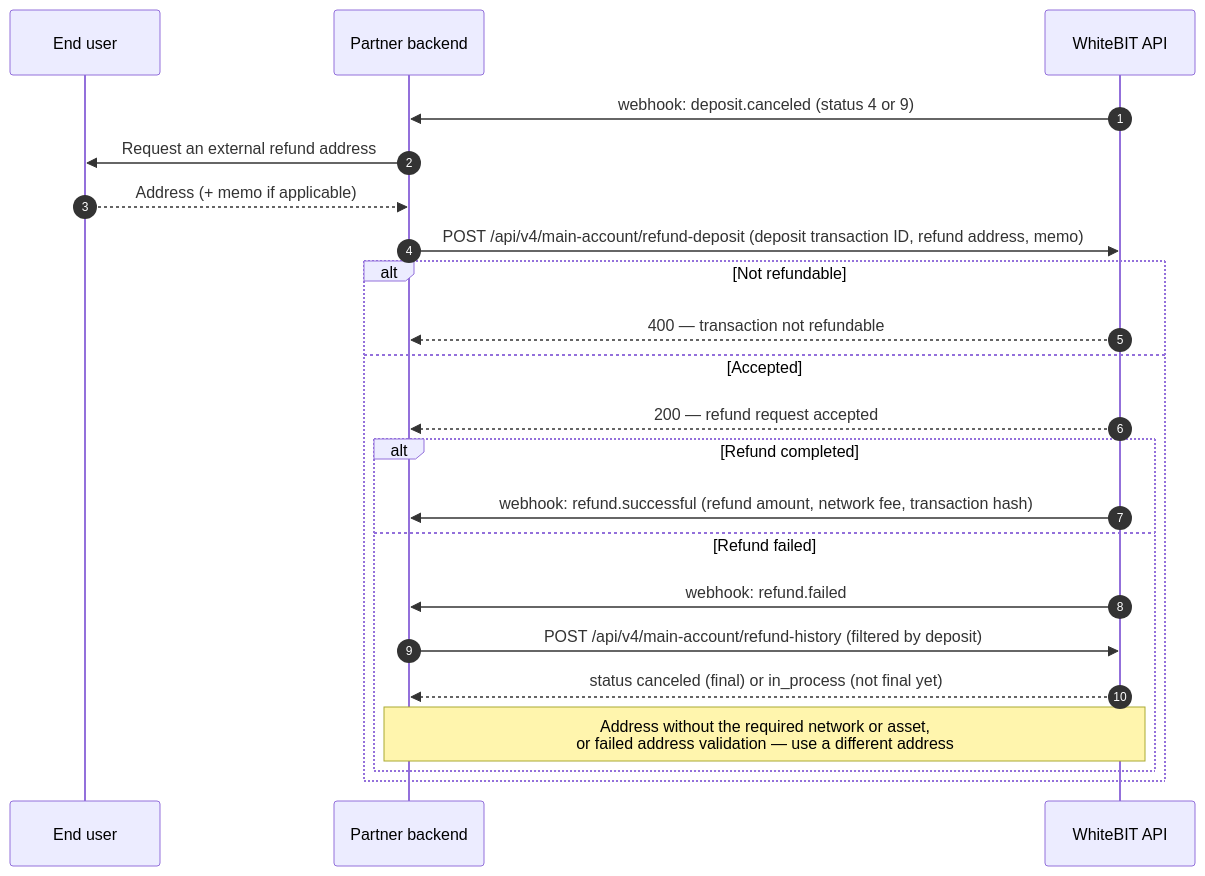
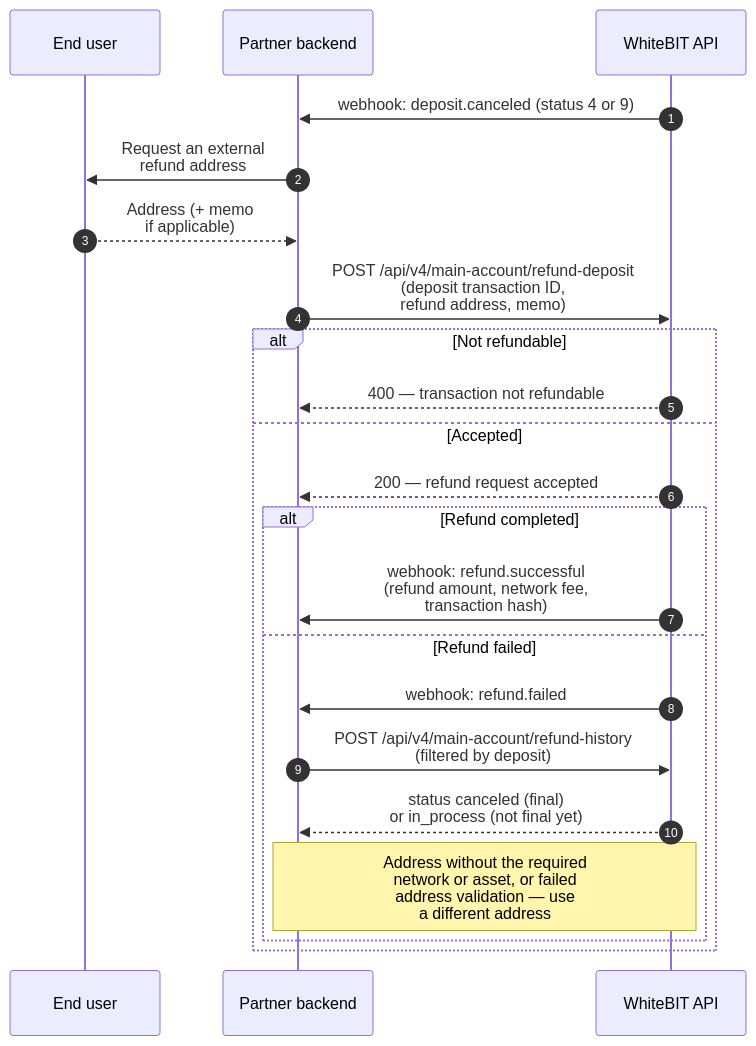
Before and after one commit to whitebit-exchange/docs: the sixth of 10 diagrams in guides/payment-integration.mdx, drawn with Mermaid. The commit also changed other lines of this file and 4 other files, not shown here.

Commit message:
fix(guide): narrow the branch diagrams to a readable label size

````diff
--- a/guides/payment-integration.mdx
+++ b/guides/payment-integration.mdx
@@ -391,25 +391,25 @@
 ```mermaid
 sequenceDiagram
     autonumber
     participant U as End user
     participant P as Partner backend
     participant W as WhiteBIT API
 
     W->>P: webhook: deposit.canceled (status 4 or 9)
-    P->>U: Request an external refund address
-    U-->>P: Address (+ memo if applicable)
-    P->>W: POST /api/v4/main-account/refund-deposit (deposit transaction ID, refund address, memo)
+    P->>U: Request an external<br/>refund address
+    U-->>P: Address (+ memo<br/>if applicable)
+    P->>W: POST /api/v4/main-account/refund-deposit<br/>(deposit transaction ID,<br/>refund address, memo)
     alt Not refundable
         W-->>P: 400 — transaction not refundable
     else Accepted
         W-->>P: 200 — refund request accepted
         alt Refund completed
-            W->>P: webhook: refund.successful (refund amount, network fee, transaction hash)
+            W->>P: webhook: refund.successful<br/>(refund amount, network fee,<br/>transaction hash)
         else Refund failed
             W->>P: webhook: refund.failed
-            P->>W: POST /api/v4/main-account/refund-history (filtered by deposit)
-            W-->>P: status canceled (final) or in_process (not final yet)
-            Note over P,W: Address without the required network or asset,<br/>or failed address validation — use a different address
+            P->>W: POST /api/v4/main-account/refund-history<br/>(filtered by deposit)
+            W-->>P: status canceled (final)<br/>or in_process (not final yet)
+            Note over P,W: Address without the required<br/>network or asset, or failed<br/>address validation — use<br/>a different address
         end
     end
 ```
````
